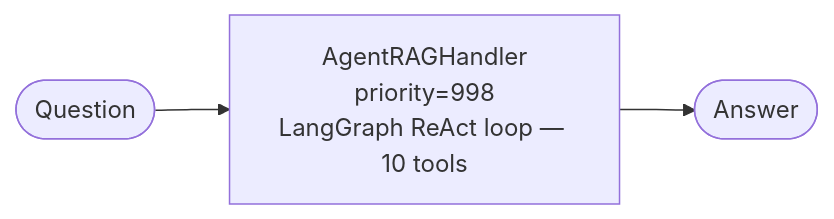
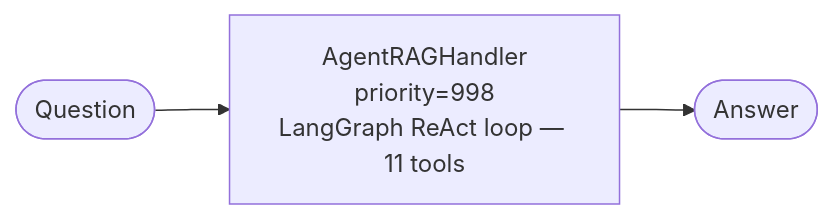
Before and after one commit to Kitabim-AI/kitabim-ai: the second of 3 diagrams in docs/main/QUESTION_ANSWERING_DIAGRAM.md, drawn with Mermaid. The commit also changed other lines of this file and 42 other files, not shown here.

Commit message:
refactor: implement knowledge graph extraction pipeline with Memgraph integration and job processing support

````diff
--- a/docs/main/QUESTION_ANSWERING_DIAGRAM.md
+++ b/docs/main/QUESTION_ANSWERING_DIAGRAM.md
@@ -55,5 +55,5 @@
 ```mermaid
 flowchart LR
-    Q([Question]) --> RAGENT[AgentRAGHandler\npriority=998\nLangGraph ReAct loop — 10 tools]
+    Q([Question]) --> RAGENT[AgentRAGHandler\npriority=998\nLangGraph ReAct loop — 11 tools]
     RAGENT --> ANS([Answer])
 ```
````
